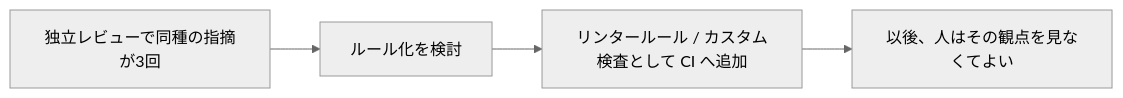
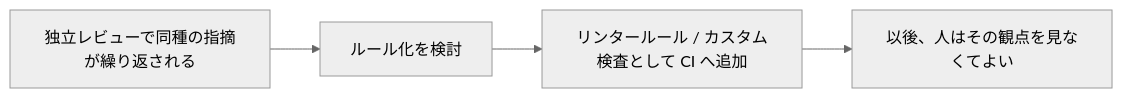
Before and after one commit to Takenori-Kusaka/process-compass: the second of 2 diagrams in src/content/docs/phase5-implementation/ci-gates.md, drawn with Mermaid (neutral theme). The commit also changed other lines of this file and 47 other files, not shown here.

````diff
--- a/src/content/docs/phase5-implementation/ci-gates.md
+++ b/src/content/docs/phase5-implementation/ci-gates.md
@@ -240,6 +242,6 @@
 ```mermaid
 graph LR
-  R["独立レビューで同種の指摘が3回"] --> L["ルール化を検討"]
+  R["独立レビューで同種の指摘が繰り返される"] --> L["ルール化を検討"]
   L --> CI["リンタールール / カスタム検査として CI へ追加"]
   CI --> F["以後、人はその観点を見なくてよい"]
 ```
````
